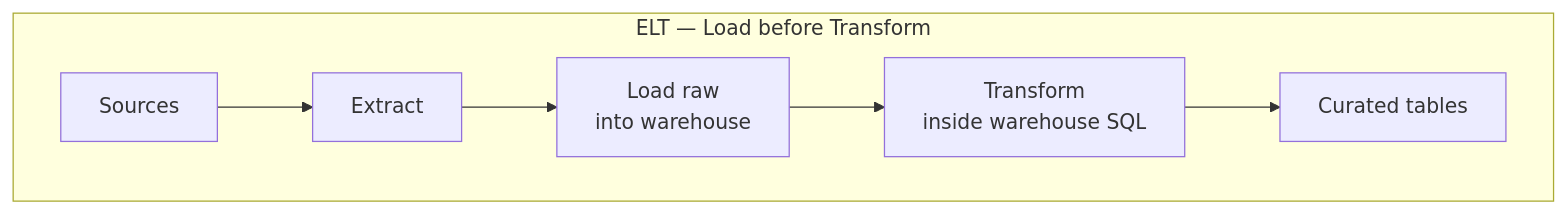
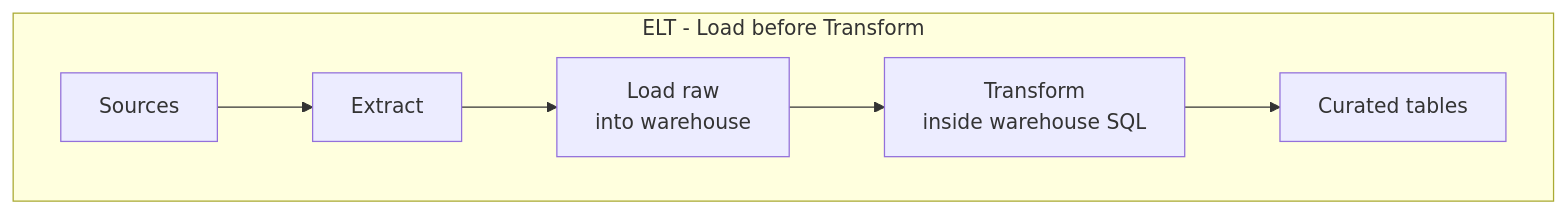
Before and after one commit to adnanrahin/adnanrahin.github.io: the eighth of 23 diagrams in data-architecture/data-warehouse.md, drawn with Mermaid. The commit also changed other lines of this file and 14 other files, not shown here.

Commit message:
updated the flowchart

````diff
--- a/data-architecture/data-warehouse.md
+++ b/data-architecture/data-warehouse.md
@@ -265,7 +265,7 @@
 ```mermaid
 flowchart LR
-    subgraph ELT["ELT — Load before Transform"]
+    subgraph ELT["ELT - Load before Transform"]
         direction LR
         S2["Sources"] --> E2["Extract"] --> L2["Load raw<br/>into warehouse"] --> T2["Transform<br/>inside warehouse SQL"] --> DW2["Curated tables"]
     end
 ```
````
